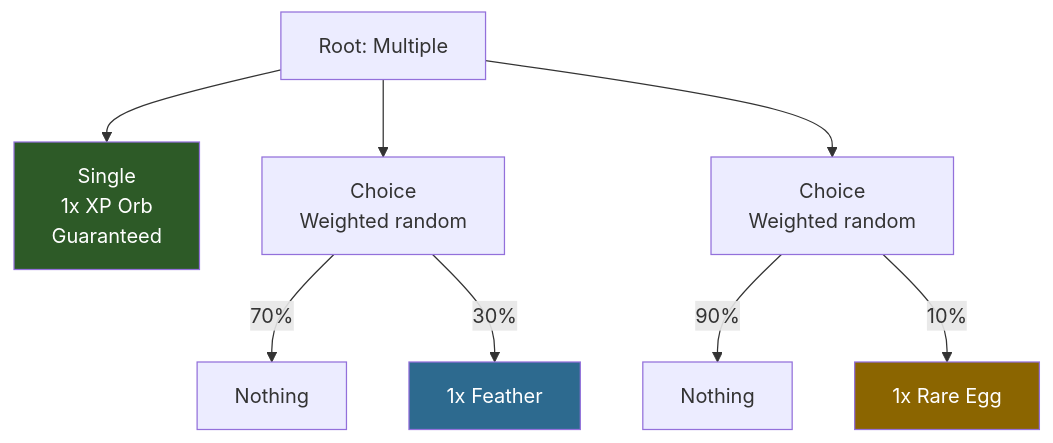
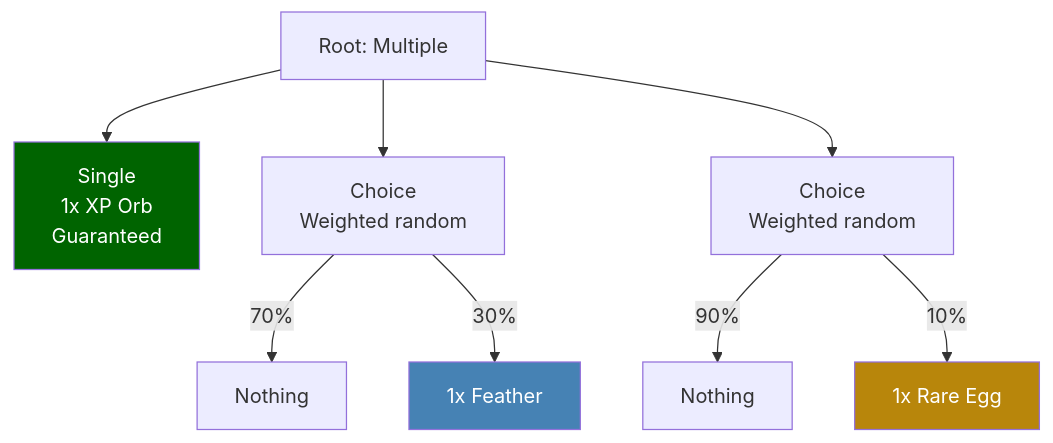
Before and after one commit to nevesb/hytale-modding-docs: the second of 2 diagrams in src/content/docs/es/reference/economy-and-progression/drop-tables.md, drawn with Mermaid. The commit also changed other lines of this file and 34 other files, not shown here.

````diff
--- a/src/content/docs/es/reference/economy-and-progression/drop-tables.md
+++ b/src/content/docs/es/reference/economy-and-progression/drop-tables.md
@@ -41,16 +41,16 @@
 ```mermaid
-flowchart TD
-    A[Root: Multiple] --> B["Single<br/>1x XP Orb<br/>Guaranteed"]
-    A --> C["Choice<br/>Weighted random"]
-    A --> D["Choice<br/>Weighted random"]
+flowchart TD;
+    A[Root: Multiple] --> B["Single<br>1x XP Orb<br>Guaranteed"]
+    A --> C["Choice<br>Weighted random"]
+    A --> D["Choice<br>Weighted random"]
 
     C -->|"70%"| E[Nothing]
     C -->|"30%"| F[1x Feather]
 
     D -->|"90%"| G[Nothing]
     D -->|"10%"| H[1x Rare Egg]
 
-    style B fill:#2d5a27,color:#fff
-    style F fill:#2d6a8f,color:#fff
-    style H fill:#8b6500,color:#fff
+    style B fill:darkgreen,color:white
+    style F fill:steelblue,color:white
+    style H fill:darkgoldenrod,color:white
 ```
````
